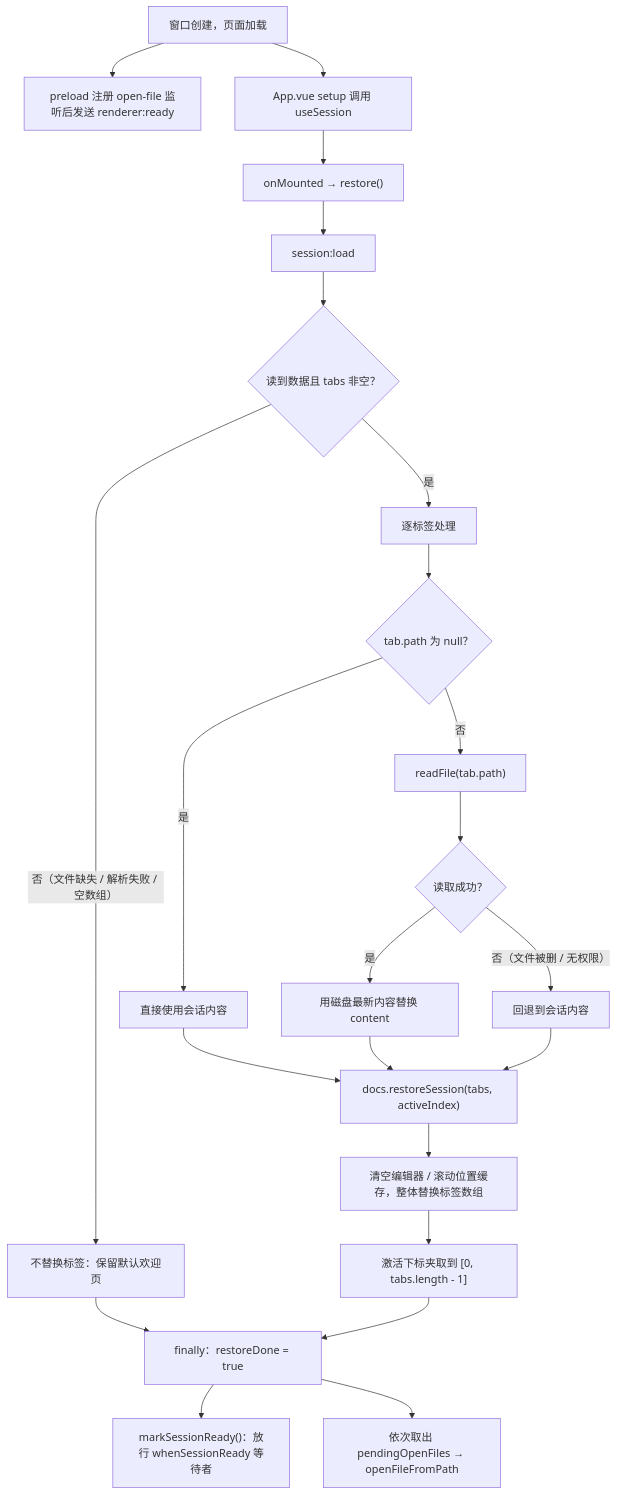
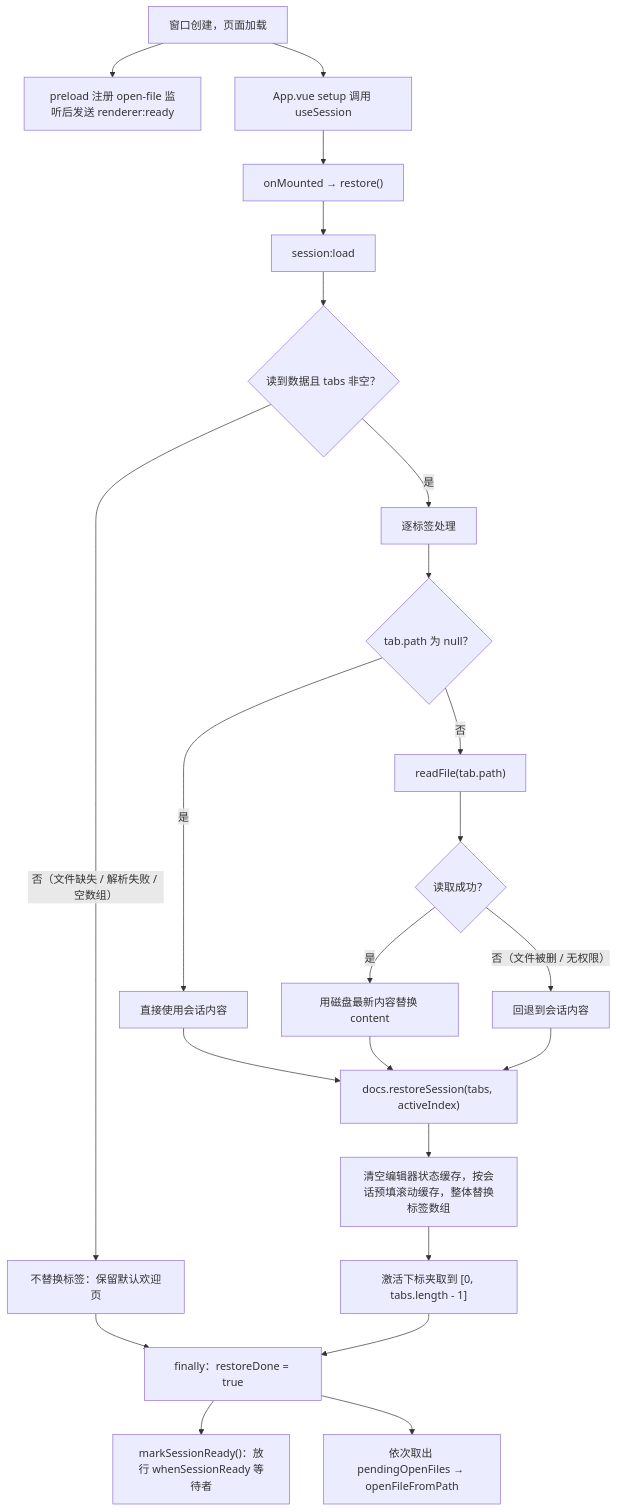
The second of 5 diagrams in docs/会话恢复与窗口状态.md (Harley-xk/mark-it), drawn with Mermaid before and after one commit. The commit also changed other lines of this file and 14 other files, not shown here.

````diff
--- a/docs/会话恢复与窗口状态.md
+++ b/docs/会话恢复与窗口状态.md
@@ -99,25 +113,25 @@
 ```mermaid
 flowchart TD
     A["窗口创建，页面加载"] --> B["preload 注册 open-file 监听后发送 renderer:ready"]
     A --> C["App.vue setup 调用 useSession"]
     C --> D["onMounted → restore()"]
     D --> E["session:load"]
     E --> F{"读到数据且 tabs 非空？"}
     F -->|"否（文件缺失 / 解析失败 / 空数组）"| G["不替换标签：保留默认欢迎页"]
     F -->|"是"| H["逐标签处理"]
     H --> I{"tab.path 为 null？"}
     I -->|"是"| J["直接使用会话内容"]
     I -->|"否"| K["readFile(tab.path)"]
     K --> L{"读取成功？"}
     L -->|"是"| M["用磁盘最新内容替换 content"]
     L -->|"否（文件被删 / 无权限）"| N["回退到会话内容"]
     J --> O["docs.restoreSession(tabs, activeIndex)"]
     M --> O
     N --> O
-    O --> P["清空编辑器 / 滚动位置缓存，整体替换标签数组"]
+    O --> P["清空编辑器状态缓存，按会话预填滚动缓存，整体替换标签数组"]
     P --> Q["激活下标夹取到 [0, tabs.length - 1]"]
     G --> R["finally：restoreDone = true"]
     Q --> R
     R --> S["markSessionReady()：放行 whenSessionReady 等待者"]
     R --> T["依次取出 pendingOpenFiles → openFileFromPath"]
 ```
````
